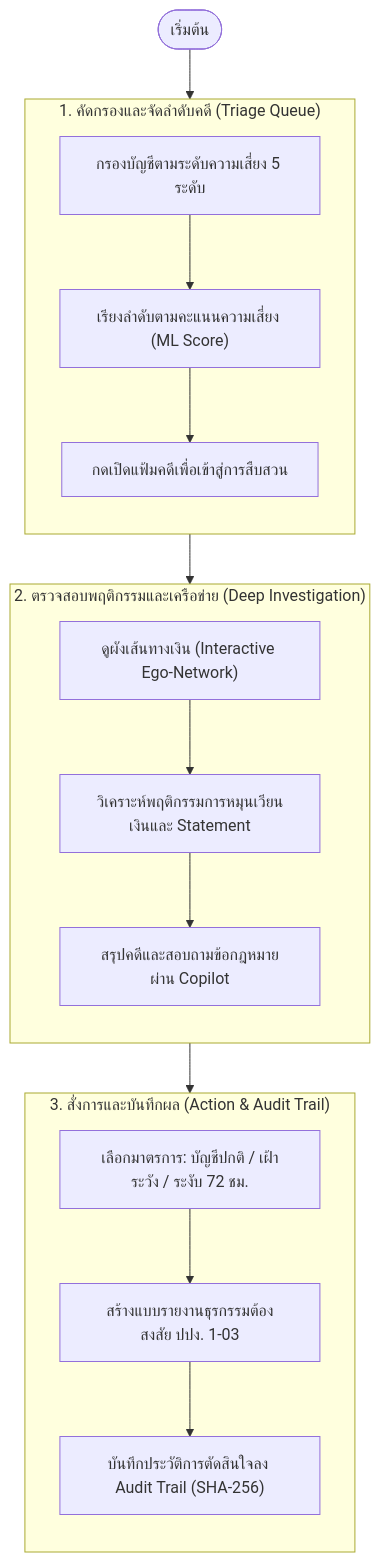
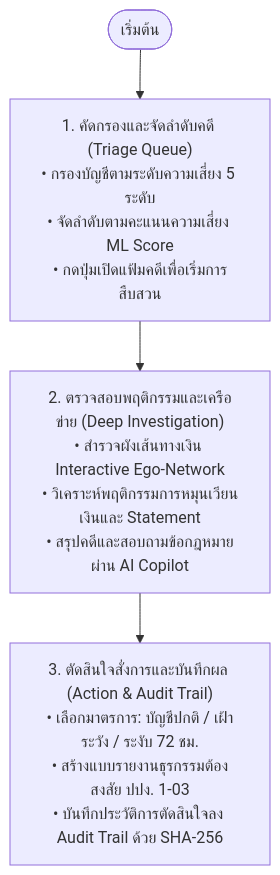
Before and after one commit to SUPAGORN0306/sherlock: the diagram in README.md, drawn with Mermaid. The commit also changed other lines of this file, not shown here.

Commit message:
Fix Mermaid syntax for GitHub renderer and explicitly state GraphSAGE and XGBoost models in overview

````diff
--- a/README.md
+++ b/README.md
@@ -52,32 +59,8 @@
 ```mermaid
 flowchart TD
-    Start([เริ่มต้น]) --> Step1
+    Start([เริ่มต้น]) --> Step1["1. คัดกรองและจัดลำดับคดี (Triage Queue)<br/>• กรองบัญชีตามระดับความเสี่ยง 5 ระดับ<br/>• จัดลำดับตามคะแนนความเสี่ยง ML Score<br/>• กดปุ่มเปิดแฟ้มคดีเพื่อเริ่มการสืบสวน"]
     
-    subgraph Step1 ["1. คัดกรองและจัดลำดับคดี (Triage Queue)"]
-        direction TB
-        S1A["กรองบัญชีตามระดับความเสี่ยง 5 ระดับ"]
-        S1B["เรียงลำดับตามคะแนนความเสี่ยง (ML Score)"]
-        S1C["กดเปิดแฟ้มคดีเพื่อเข้าสู่การสืบสวน"]
-        S1A --> S1B --> S1C
-    end
+    Step1 --> Step2["2. ตรวจสอบพฤติกรรมและเครือข่าย (Deep Investigation)<br/>• สำรวจผังเส้นทางเงิน Interactive Ego-Network<br/>• วิเคราะห์พฤติกรรมการหมุนเวียนเงินและ Statement<br/>• สรุปคดีและสอบถามข้อกฎหมายผ่าน AI Copilot"]
     
-    Step1 --> Step2
-    
-    subgraph Step2 ["2. ตรวจสอบพฤติกรรมและเครือข่าย (Deep Investigation)"]
-        direction TB
-        S2A["ดูผังเส้นทางเงิน (Interactive Ego-Network)"]
-        S2B["วิเคราะห์พฤติกรรมการหมุนเวียนเงินและ Statement"]
-        S2C["สรุปคดีและสอบถามข้อกฎหมายผ่าน Copilot"]
-        S2A --> S2B --> S2C
-    end
-    
-    Step2 --> Step3
-    
-    subgraph Step3 ["3. สั่งการและบันทึกผล (Action & Audit Trail)"]
-        direction TB
-        S3A["เลือกมาตรการ: บัญชีปกติ / เฝ้าระวัง / ระงับ 72 ชม."]
-        S3B["สร้างแบบรายงานธุรกรรมต้องสงสัย ปปง. 1-03"]
-        S3C["บันทึกประวัติการตัดสินใจลง Audit Trail (SHA-256)"]
-        S3A --> S3B --> S3C
-    end
+    Step2 --> Step3["3. ตัดสินใจสั่งการและบันทึกผล (Action & Audit Trail)<br/>• เลือกมาตรการ: บัญชีปกติ / เฝ้าระวัง / ระงับ 72 ชม.<br/>• สร้างแบบรายงานธุรกรรมต้องสงสัย ปปง. 1-03<br/>• บันทึกประวัติการตัดสินใจลง Audit Trail ด้วย SHA-256"]
 ```
````
